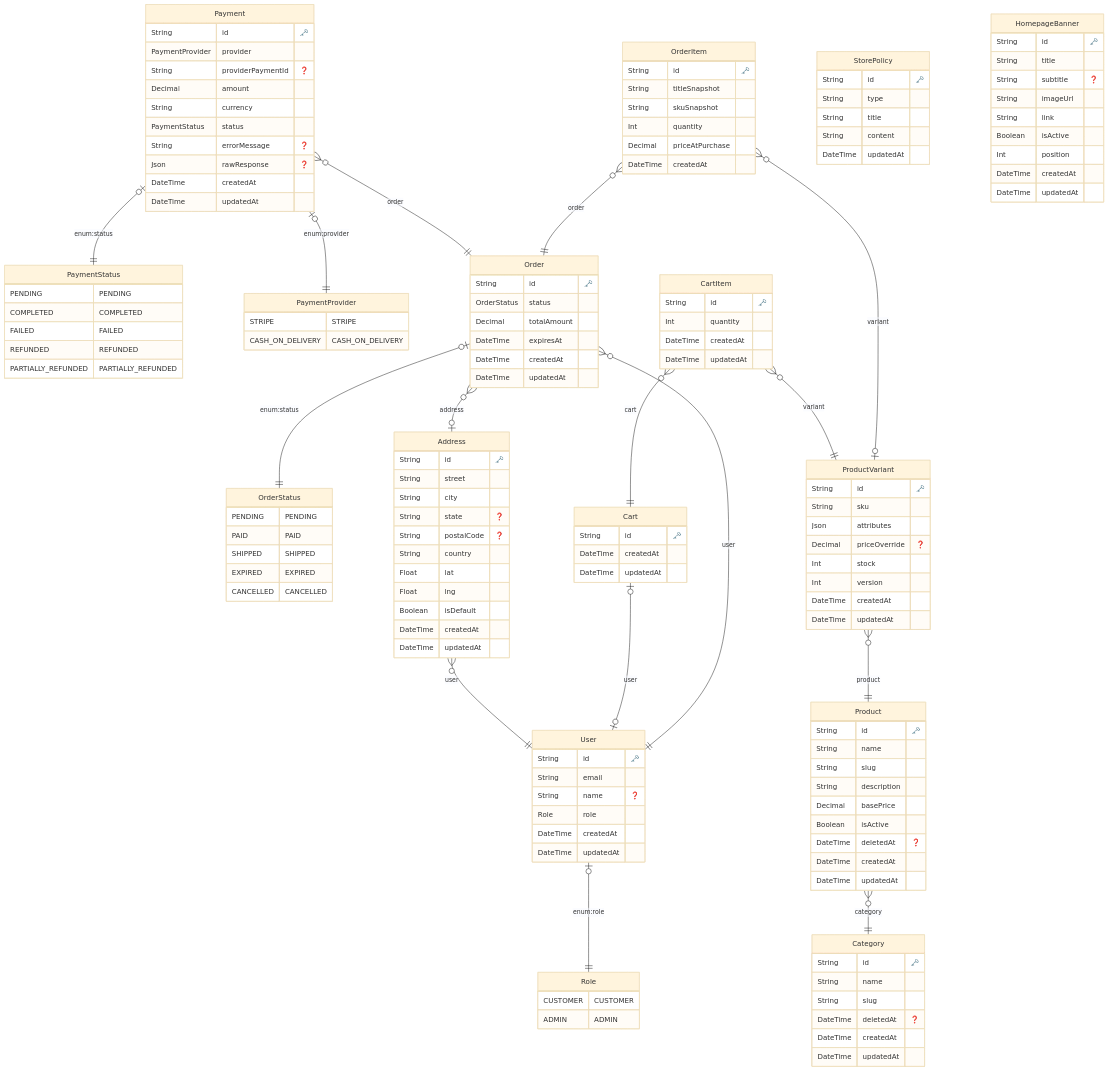
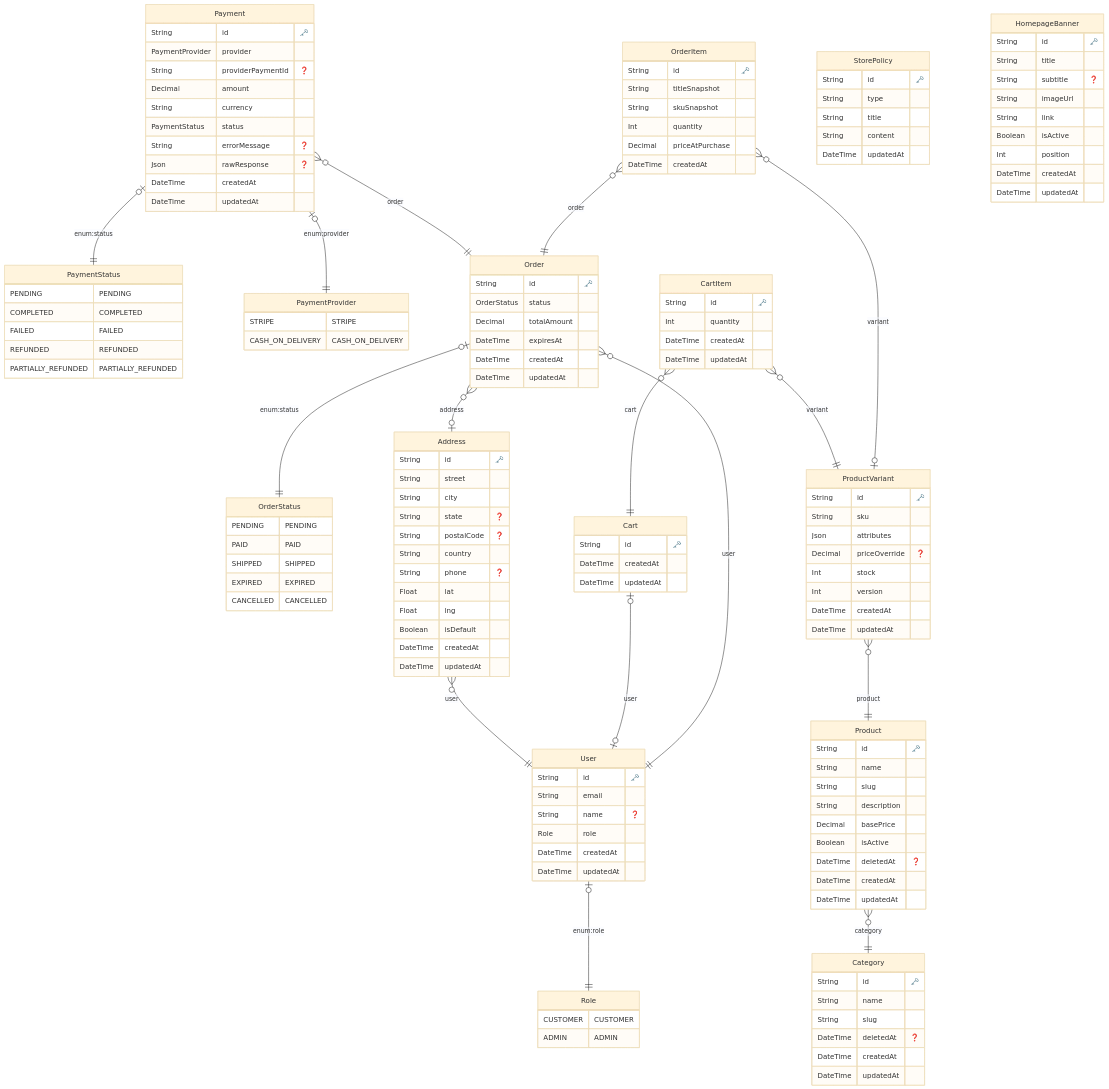
One commit to yousef-RXy/KILOHERTZ-HARDWARE changed the diagram in prisma/docs/ERD.md. Above: the diagram before and after it, drawn with Mermaid (base theme). The commit also changed 3 other files, not shown here.

Commit message:
feat(db): update schema, seeds, ERD, and variant migration script

```diff
--- a/prisma/docs/ERD.md
+++ b/prisma/docs/ERD.md
@@ -50,6 +50,7 @@
     String state "❓"
     String postalCode "❓"
     String country 
+    String phone "❓"
     Float lat 
     Float lng 
     Boolean isDefault 
```
